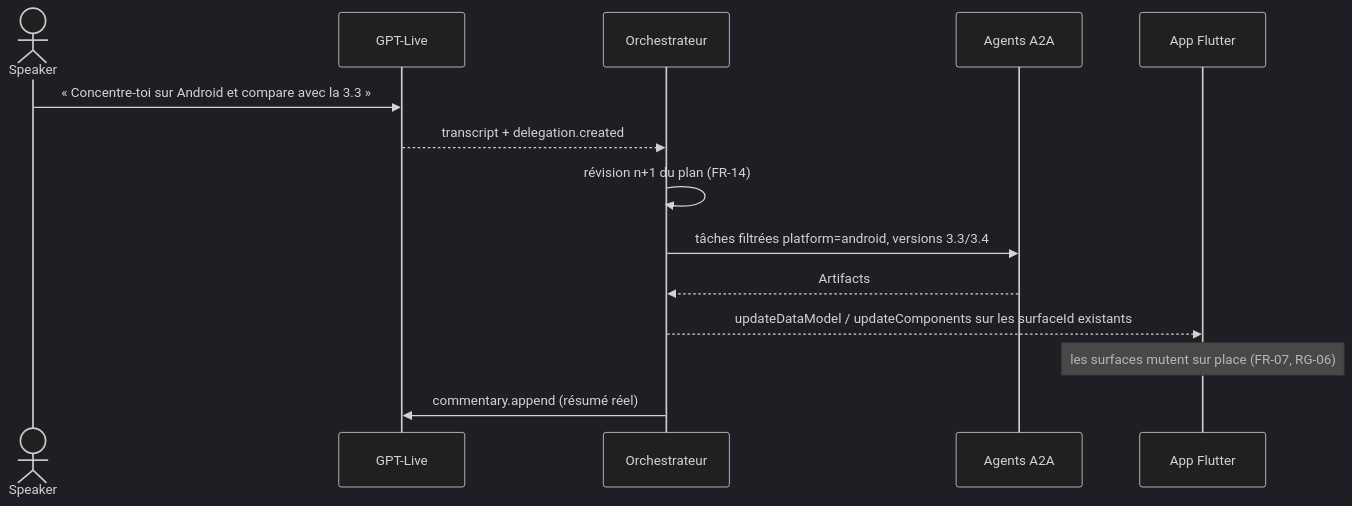
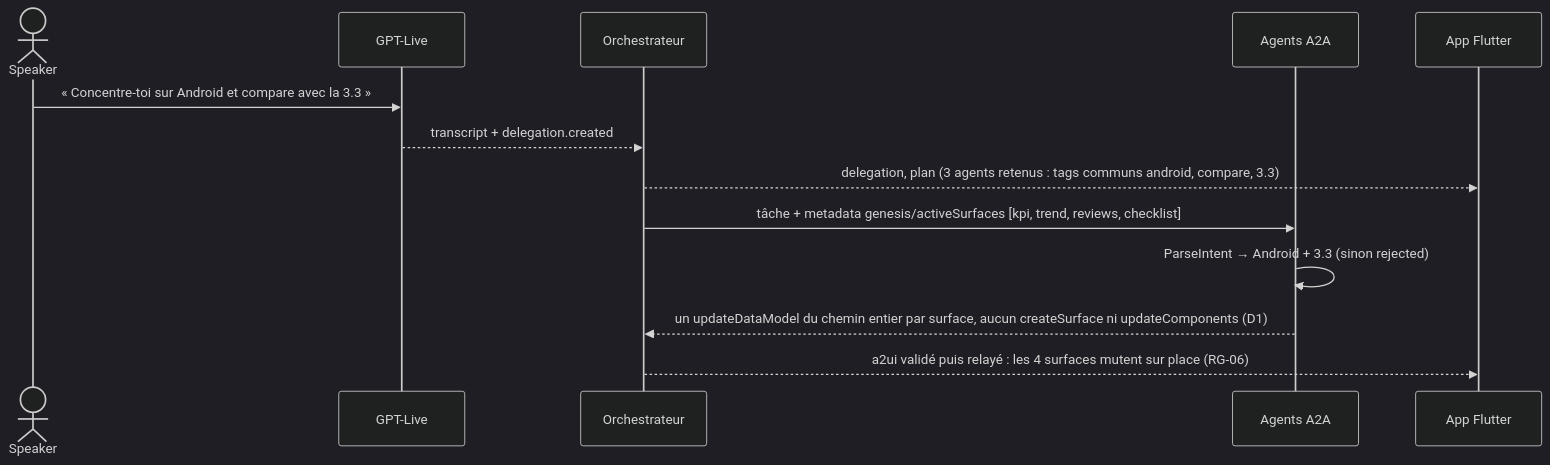
The second of 5 diagrams in product/architecture/agents-protocols.md (b-fontaine/ai_voice_ui), drawn with Mermaid (dark theme) before and after one commit. The commit also changed other lines of this file and 24 other files, not shown here.

Commit message:
docs(008): clôture — état Terminée (docs produit, Q-73 résolue, Q-74, note genui-data-model)

````diff
--- a/product/architecture/agents-protocols.md
+++ b/product/architecture/agents-protocols.md
@@ -61,16 +61,15 @@
 ```mermaid
 sequenceDiagram
   actor S as Speaker
   participant L as GPT-Live
   participant O as Orchestrateur
   participant Ag as Agents A2A
   participant App as App Flutter
   S->>L: « Concentre-toi sur Android et compare avec la 3.3 »
   L-->>O: transcript + delegation.created
-  O->>O: révision n+1 du plan (FR-14)
-  O->>Ag: tâches filtrées platform=android, versions 3.3/3.4
-  Ag-->>O: Artifacts
-  O-->>App: updateDataModel / updateComponents sur les surfaceId existants
-  Note over App: les surfaces mutent sur place (FR-07, RG-06)
-  O->>L: commentary.append (résumé réel)
+  O-->>App: delegation, plan (3 agents retenus : tags communs android, compare, 3.3)
+  O->>Ag: tâche + metadata genesis/activeSurfaces [kpi, trend, reviews, checklist]
+  Ag->>Ag: ParseIntent → Android + 3.3 (sinon rejected)
+  Ag-->>O: un updateDataModel du chemin entier par surface, aucun createSurface ni updateComponents (D1)
+  O-->>App: a2ui validé puis relayé : les 4 surfaces mutent sur place (RG-06)
 ```
````
